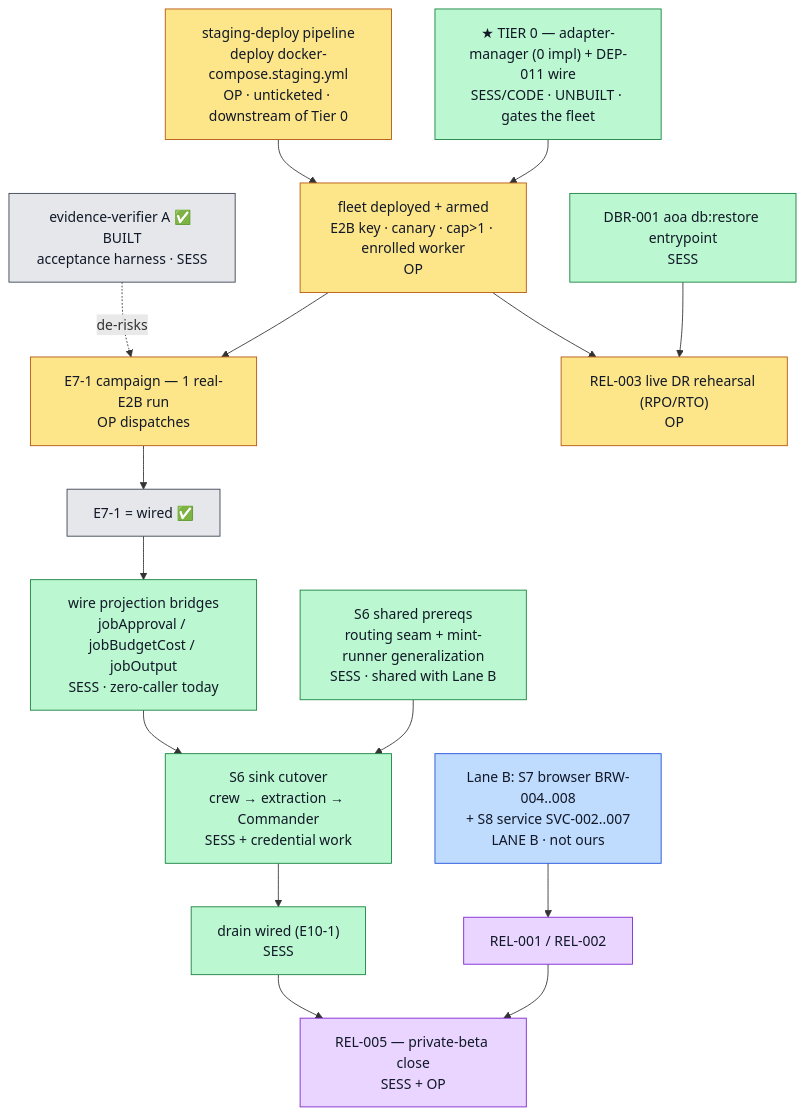
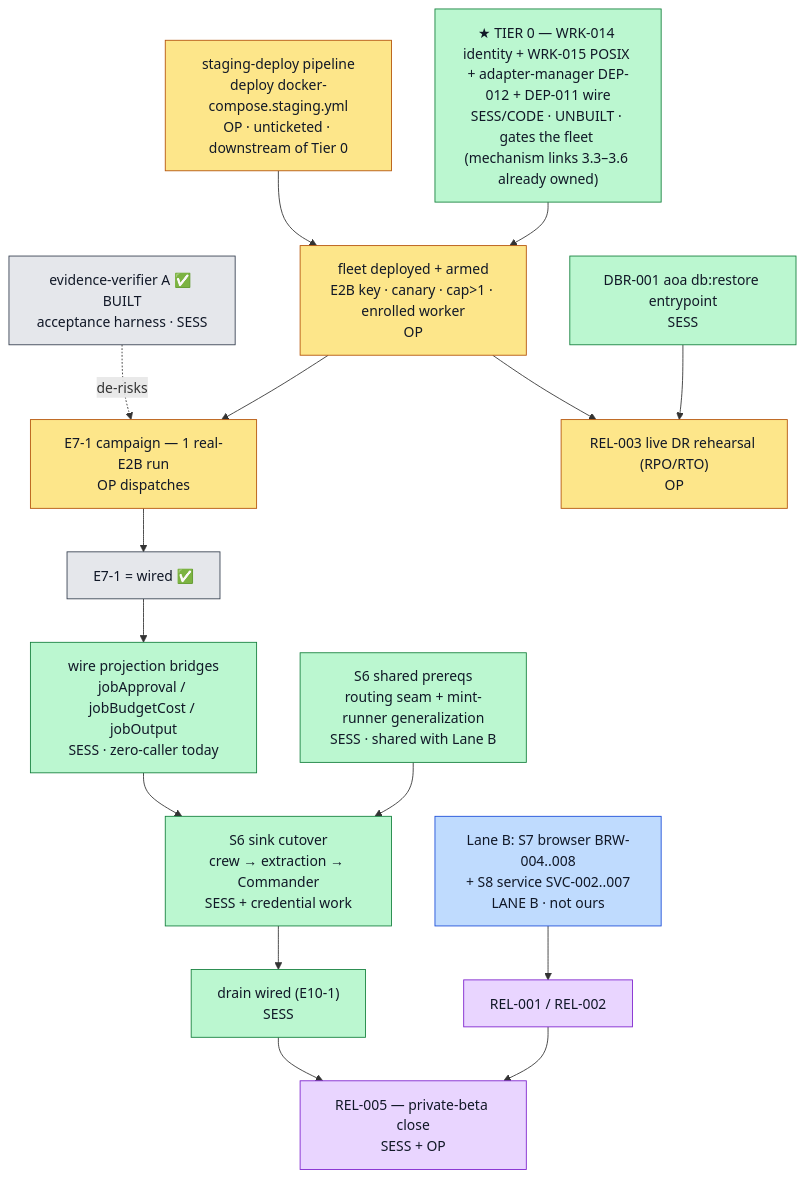
The diagram in docs/replatform/GO-BOOK.md (MeteoriteLabs/AoA), drawn with Mermaid before and after one commit. The commit also changed other lines of this file and 6 other files, not shown here.

````diff
--- a/docs/replatform/GO-BOOK.md
+++ b/docs/replatform/GO-BOOK.md
@@ -137,34 +158,34 @@
 ```mermaid
 flowchart TD
   V["evidence-verifier A ✅ BUILT<br/>acceptance harness · SESS"]:::done
   C0["staging-deploy pipeline<br/>deploy docker-compose.staging.yml<br/>OP · unticketed · downstream of Tier 0"]:::op
-  D11["★ TIER 0 — adapter-manager (0 impl) + DEP-011 wire<br/>SESS/CODE · UNBUILT · gates the fleet"]:::sess
+  D11["★ TIER 0 — WRK-014 identity + WRK-015 POSIX + adapter-manager DEP-012 + DEP-011 wire<br/>SESS/CODE · UNBUILT · gates the fleet (mechanism links 3.3–3.6 already owned)"]:::sess
   C2["fleet deployed + armed<br/>E2B key · canary · cap&gt;1 · enrolled worker<br/>OP"]:::op
   C3["E7-1 campaign — 1 real-E2B run<br/>OP dispatches"]:::op
   CW["E7-1 = wired ✅"]:::done
   BR["wire projection bridges<br/>jobApproval / jobBudgetCost / jobOutput<br/>SESS · zero-caller today"]:::sess
   RT["S6 shared prereqs<br/>routing seam + mint-runner generalization<br/>SESS · shared with Lane B"]:::sess
   SK["S6 sink cutover<br/>crew → extraction → Commander<br/>SESS + credential work"]:::sess
   DR["drain wired (E10-1)<br/>SESS"]:::sess
   R5["REL-005 — private-beta close<br/>SESS + OP"]:::mix
   LB["Lane B: S7 browser BRW-004..008<br/>+ S8 service SVC-002..007<br/>LANE B · not ours"]:::laneb
   R1["REL-001 / REL-002"]:::mix
   DBR["DBR-001 aoa db:restore entrypoint<br/>SESS"]:::sess
   R3["REL-003 live DR rehearsal (RPO/RTO)<br/>OP"]:::op
 
   V -.->|de-risks| C3
   C0 --> C2
   D11 --> C2
   C2 --> C3 --> CW --> BR --> SK
   RT --> SK
   SK --> DR --> R5
   LB --> R1 --> R5
   DBR --> R3
   C2 --> R3
 
   classDef op fill:#fde68a,stroke:#b45309,color:#111827;
   classDef sess fill:#bbf7d0,stroke:#15803d,color:#111827;
   classDef laneb fill:#bfdbfe,stroke:#1d4ed8,color:#111827;
   classDef done fill:#e5e7eb,stroke:#374151,color:#111827;
   classDef mix fill:#e9d5ff,stroke:#7e22ce,color:#111827;
 ```
````
